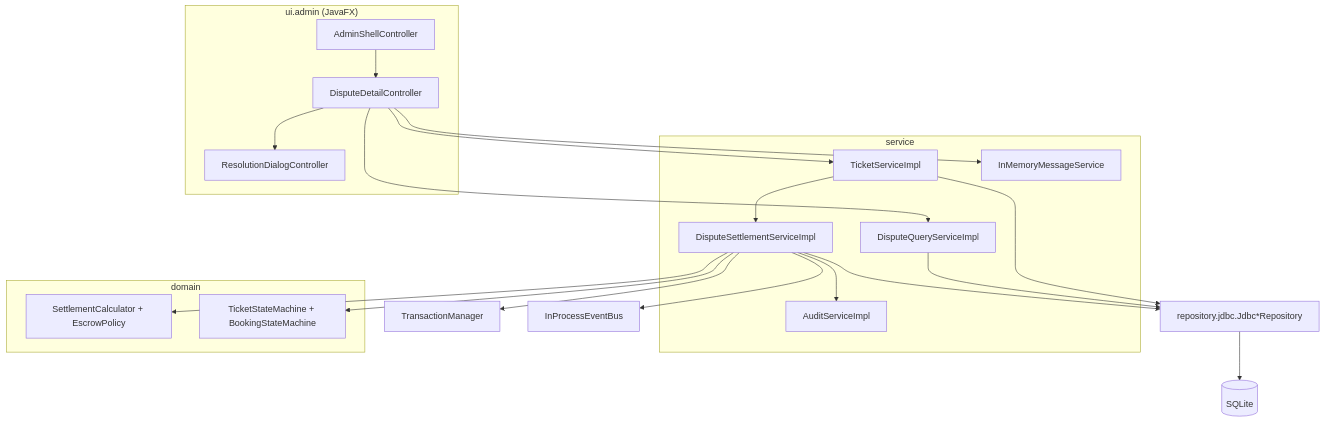
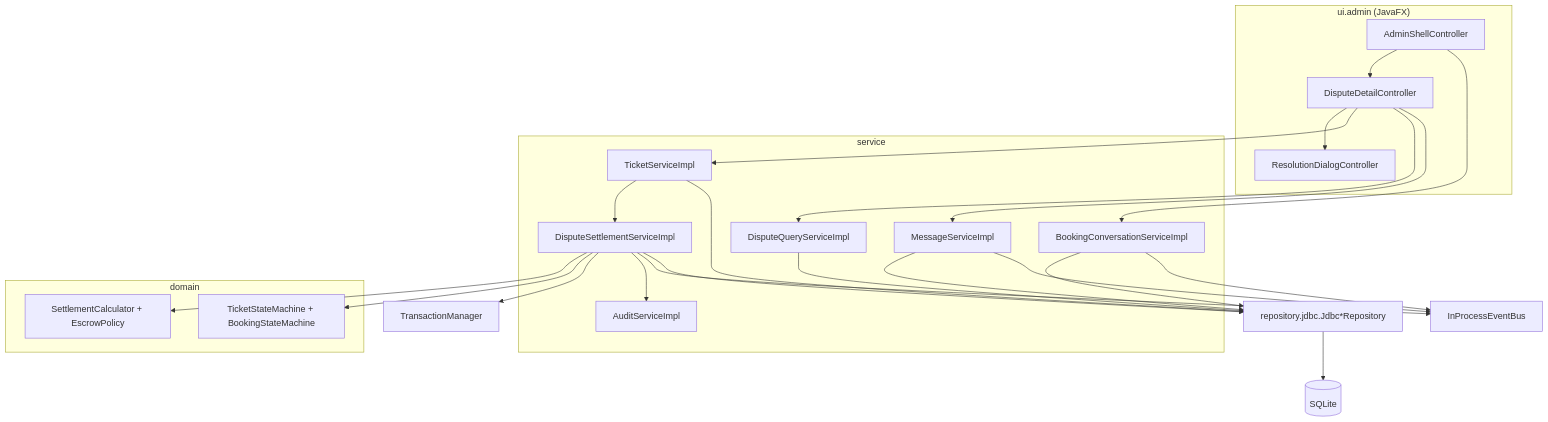
Before and after one commit to CS3227-2610-MP2-SnoozeShare/CS3227-2610-MP2: the first of 7 diagrams in docs/DeveloperGuide.md, drawn with Mermaid. The commit also changed other lines of this file and 2 other files, not shown here.

````diff
--- a/docs/DeveloperGuide.md
+++ b/docs/DeveloperGuide.md
@@ -176,38 +176,44 @@
 ```mermaid
 flowchart TB
   subgraph UI["ui.admin (JavaFX)"]
     Shell["AdminShellController"]
     Detail["DisputeDetailController"]
     Dialog["ResolutionDialogController"]
   end
   subgraph Service["service"]
     Tickets["TicketServiceImpl"]
     Settle["DisputeSettlementServiceImpl"]
     Query["DisputeQueryServiceImpl"]
-    Chat["InMemoryMessageService"]
+    Chat["MessageServiceImpl"]
+    BookingChat["BookingConversationServiceImpl"]
     Audit["AuditServiceImpl"]
   end
   subgraph Domain["domain"]
     Calc["SettlementCalculator + EscrowPolicy"]
     SM["TicketStateMachine + BookingStateMachine"]
   end
   Repos["repository.jdbc.Jdbc*Repository"]
   Tx["TransactionManager"]
   Bus["InProcessEventBus"]
   DB[("SQLite")]
   Shell --> Detail
   Detail --> Dialog
   Detail --> Tickets
   Detail --> Query
   Detail --> Chat
+  Shell --> BookingChat
   Tickets --> Settle
   Settle --> Calc
   Settle --> SM
   Settle --> Tx
   Settle --> Audit
   Settle --> Bus
   Tickets --> Repos
   Query --> Repos
   Settle --> Repos
+  Chat --> Repos
+  BookingChat --> Repos
+  Chat --> Bus
+  BookingChat --> Bus
   Repos --> DB
 ```
````
